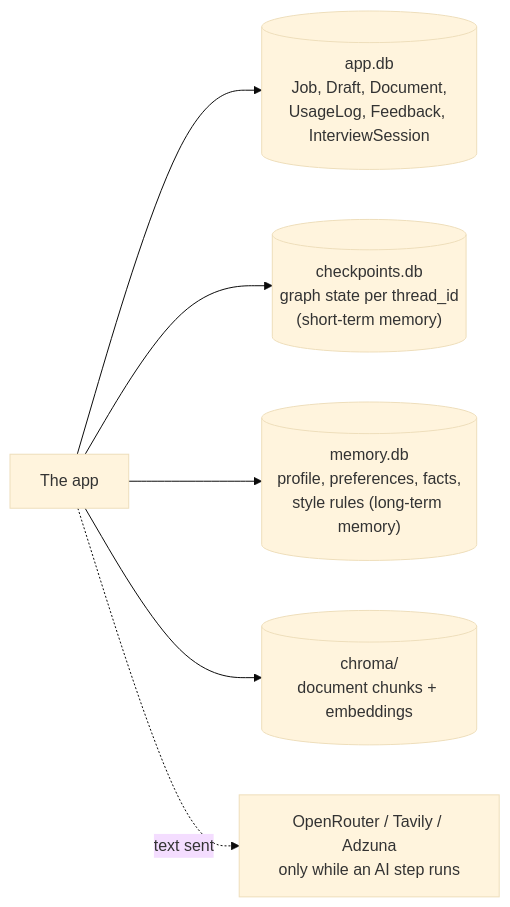
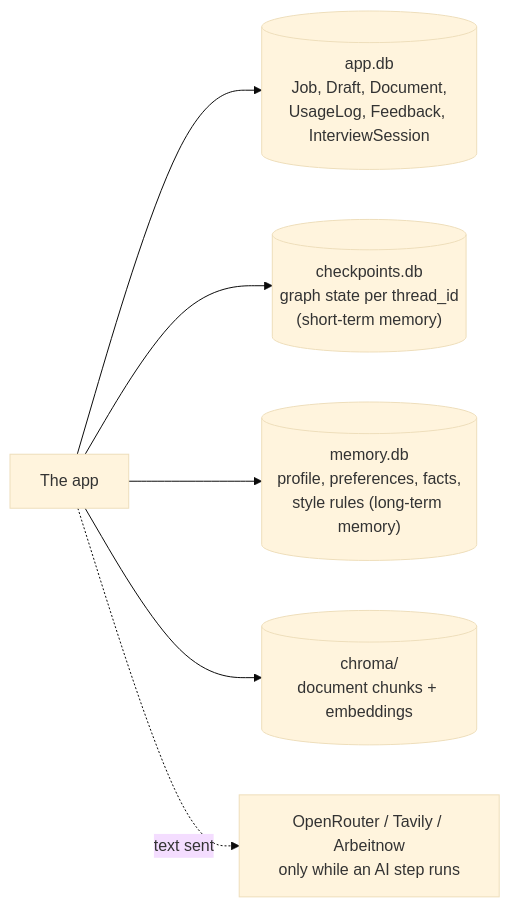
The second of 7 diagrams in docs/ARCHITECTURE.md (ibeshkar/job-copilot), drawn with Mermaid (base theme) before and after one commit. The commit also changed other lines of this file and 15 other files, not shown here.

Commit message:
feat(tools): replace Adzuna with the free Arbeitnow API for job search

````diff
--- a/docs/ARCHITECTURE.md
+++ b/docs/ARCHITECTURE.md
@@ -53,14 +53,14 @@
 ```mermaid
 flowchart LR
     APP[The app]
     A[("app.db<br/>Job, Draft, Document,<br/>UsageLog, Feedback, InterviewSession")]
     C[("checkpoints.db<br/>graph state per thread_id<br/>(short-term memory)")]
     M[("memory.db<br/>profile, preferences, facts,<br/>style rules (long-term memory)")]
     V[("chroma/<br/>document chunks + embeddings")]
-    O[OpenRouter / Tavily / Adzuna<br/>only while an AI step runs]
+    O[OpenRouter / Tavily / Arbeitnow<br/>only while an AI step runs]
     APP --> A
     APP --> C
     APP --> M
     APP --> V
     APP -.text sent.-> O
 ```
````
